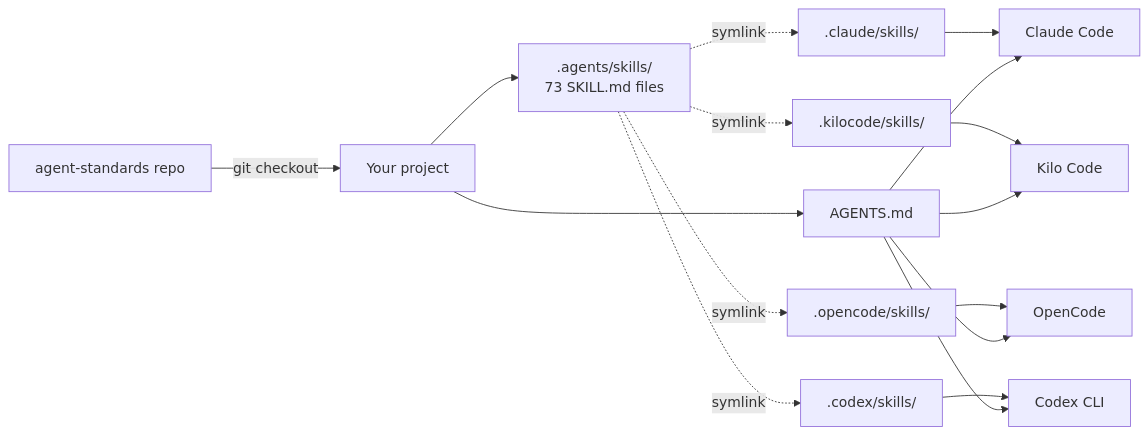
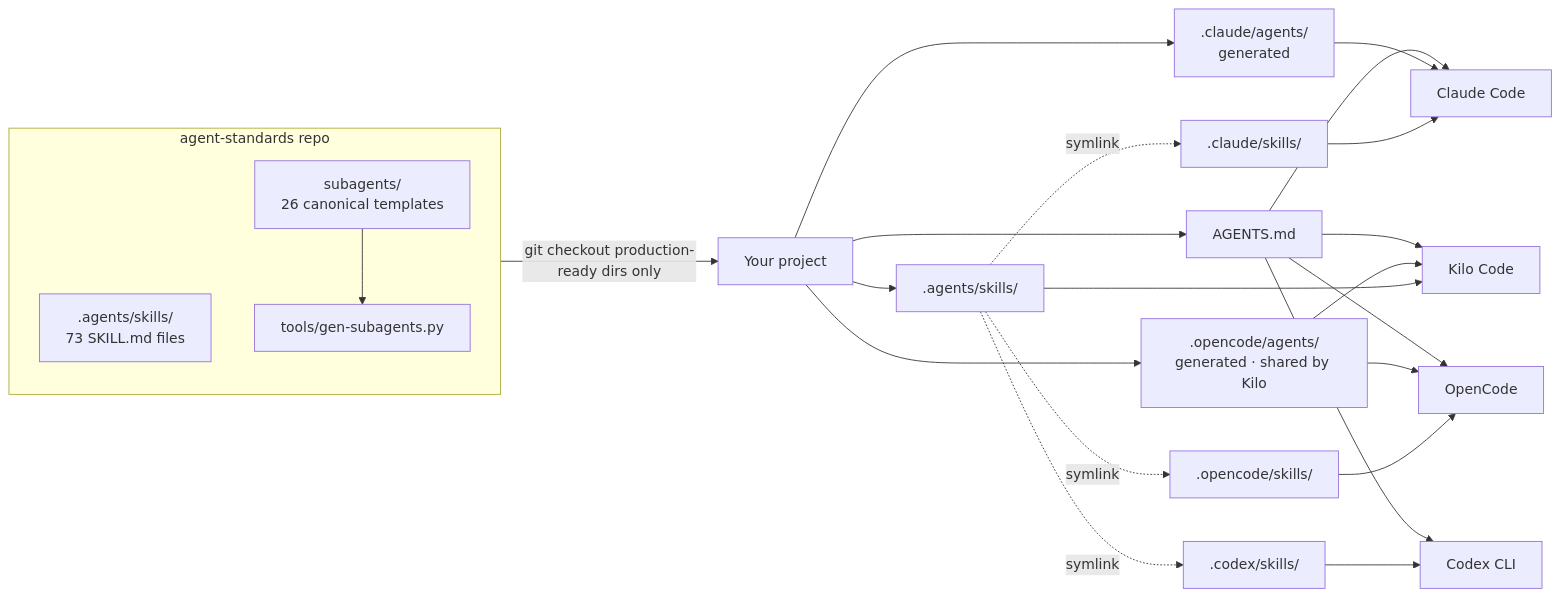
Before and after one commit to Lukk17/agent-standards: the diagram in README.md, drawn with Mermaid. The commit also changed other lines of this file and 83 other files, not shown here.

First line of the commit message:
feat: add 26-subagent library with generator and unify Kilo with OpenCode

````diff
--- a/README.md
+++ b/README.md
@@ -44,19 +47,28 @@
 ```mermaid
 graph LR
-    AS[agent-standards repo]
-    AS -->|git checkout| P[Your project]
-    P --> SK[.agents/skills/<br/>73 SKILL.md files]
+    subgraph AS[agent-standards repo]
+      ASK[.agents/skills/<br/>73 SKILL.md files]
+      SU[subagents/<br/>26 canonical templates]
+      GEN[tools/gen-subagents.py]
+      SU --> GEN
+    end
+    AS -->|git checkout production-ready dirs only| P[Your project]
+    P --> SK[.agents/skills/]
+    P --> CA[.claude/agents/<br/>generated]
+    P --> OA[.opencode/agents/<br/>generated · shared by Kilo]
     P --> AG[AGENTS.md]
     SK -.symlink.-> CL[.claude/skills/]
-    SK -.symlink.-> KL[.kilocode/skills/]
     SK -.symlink.-> OC[.opencode/skills/]
     SK -.symlink.-> CX[.codex/skills/]
     CL --> Claude[Claude Code]
-    KL --> Kilo[Kilo Code]
+    SK --> Kilo[Kilo Code]
     OC --> OpenCode[OpenCode]
     CX --> Codex[Codex CLI]
+    CA --> Claude
+    OA --> Kilo
+    OA --> OpenCode
     AG --> Claude
     AG --> Kilo
     AG --> OpenCode
     AG --> Codex
 ```
````
